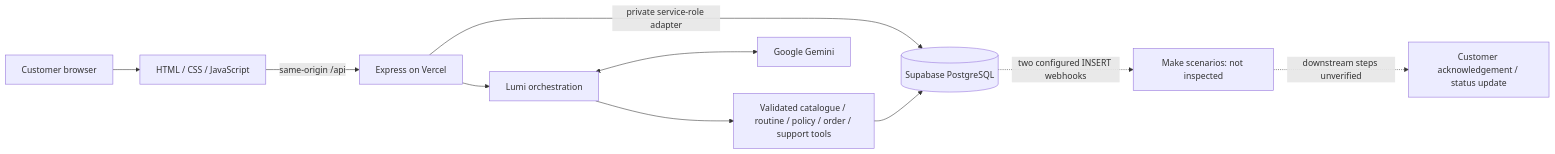
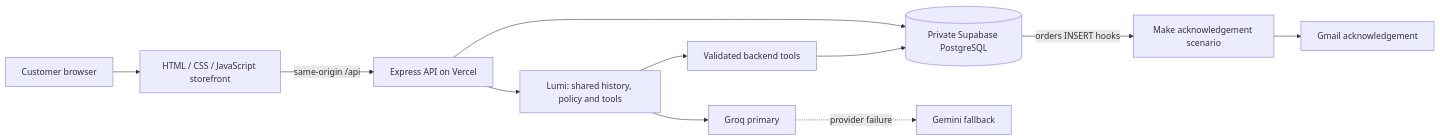
The diagram in README.md (reedahadedayo-ux/glow-lab), drawn with Mermaid before and after one commit. The commit also changed other lines of this file and 31 other files, not shown here.

````diff
--- a/README.md
+++ b/README.md
@@ -36,12 +33,13 @@
 ```mermaid
 flowchart LR
-    Shopper[Customer browser] --> UI[HTML / CSS / JavaScript]
-    UI -->|same-origin /api| API[Express on Vercel]
-    API -->|private service-role adapter| DB[(Supabase PostgreSQL)]
-    API --> Lumi[Lumi orchestration]
-    Lumi <--> Gemini[Google Gemini]
-    Lumi --> Tools[Validated catalogue / routine / policy / order / support tools]
+    Customer[Customer browser] --> UI[HTML / CSS / JavaScript storefront]
+    UI -->|same-origin /api| API[Express API on Vercel]
+    API --> DB[(Private Supabase PostgreSQL)]
+    API --> Lumi[Lumi: shared history, policy and tools]
+    Lumi --> Groq[Groq primary]
+    Groq -. provider failure .-> Gemini[Gemini fallback]
+    Lumi --> Tools[Validated backend tools]
     Tools --> DB
-    DB -. two configured INSERT webhooks .-> Make[Make scenarios: not inspected]
-    Make -. downstream steps unverified .-> Mail[Customer acknowledgement / status update]
+    DB -->|orders INSERT hooks| Make[Make acknowledgement scenario]
+    Make --> Gmail[Gmail acknowledgement]
 ```
````
